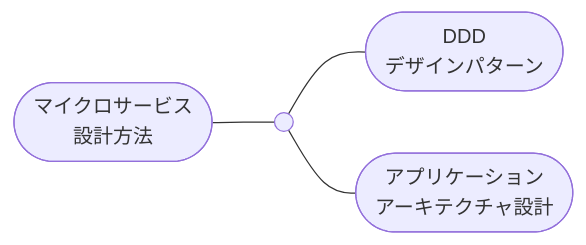
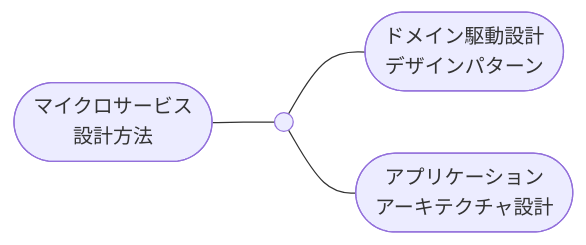
The ninth of 24 diagrams in docs/software/software_application_architecture_microservices_cloudnative.md (hiroki-it/tech-notebook), drawn with Mermaid before and after one commit. The commit also changed other lines of this file and 5 other files, not shown here.

````diff
--- a/docs/software/software_application_architecture_microservices_cloudnative.md
+++ b/docs/software/software_application_architecture_microservices_cloudnative.md
@@ -961,9 +962,9 @@
 ```mermaid
 flowchart LR
 
   マイクロサービス設計方法([マイクロサービス<br>設計方法]) --- マイクロサービス設計方法の基点(( ))
 
-  マイクロサービス設計方法の基点 --- DDDデザインパターン([DDD<br>デザインパターン])
+  マイクロサービス設計方法の基点 --- ドメイン駆動設計デザインパターン([ドメイン駆動設計<br>デザインパターン])
   マイクロサービス設計方法の基点 --- アプリケーションアーキテクチャ設計([アプリケーション<br>アーキテクチャ設計])
 
 ```
````
